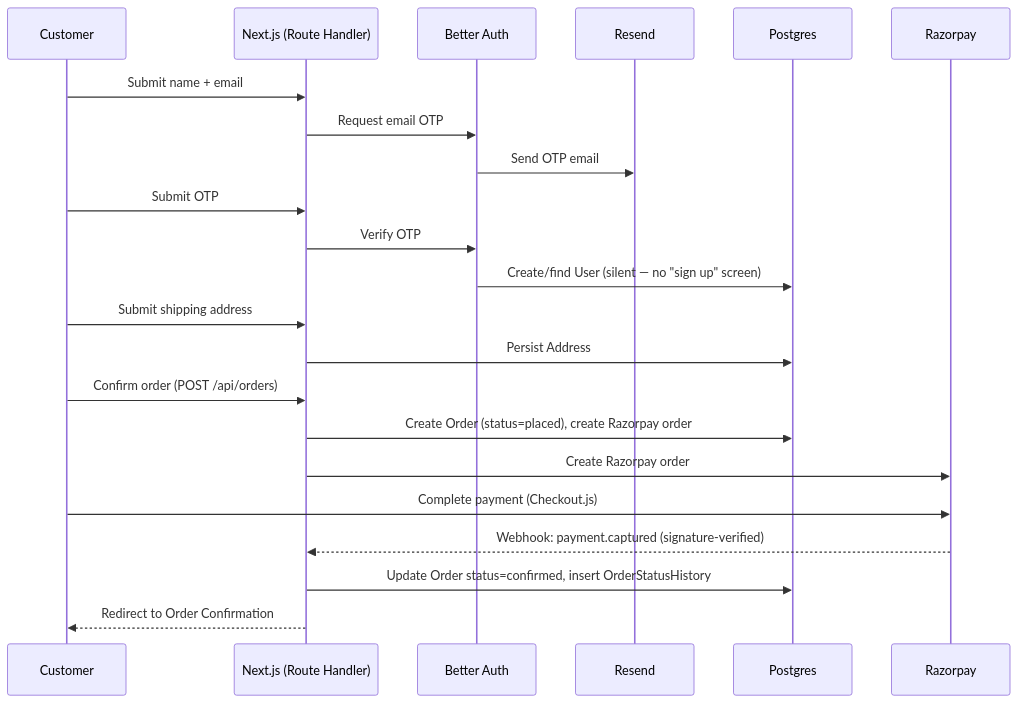
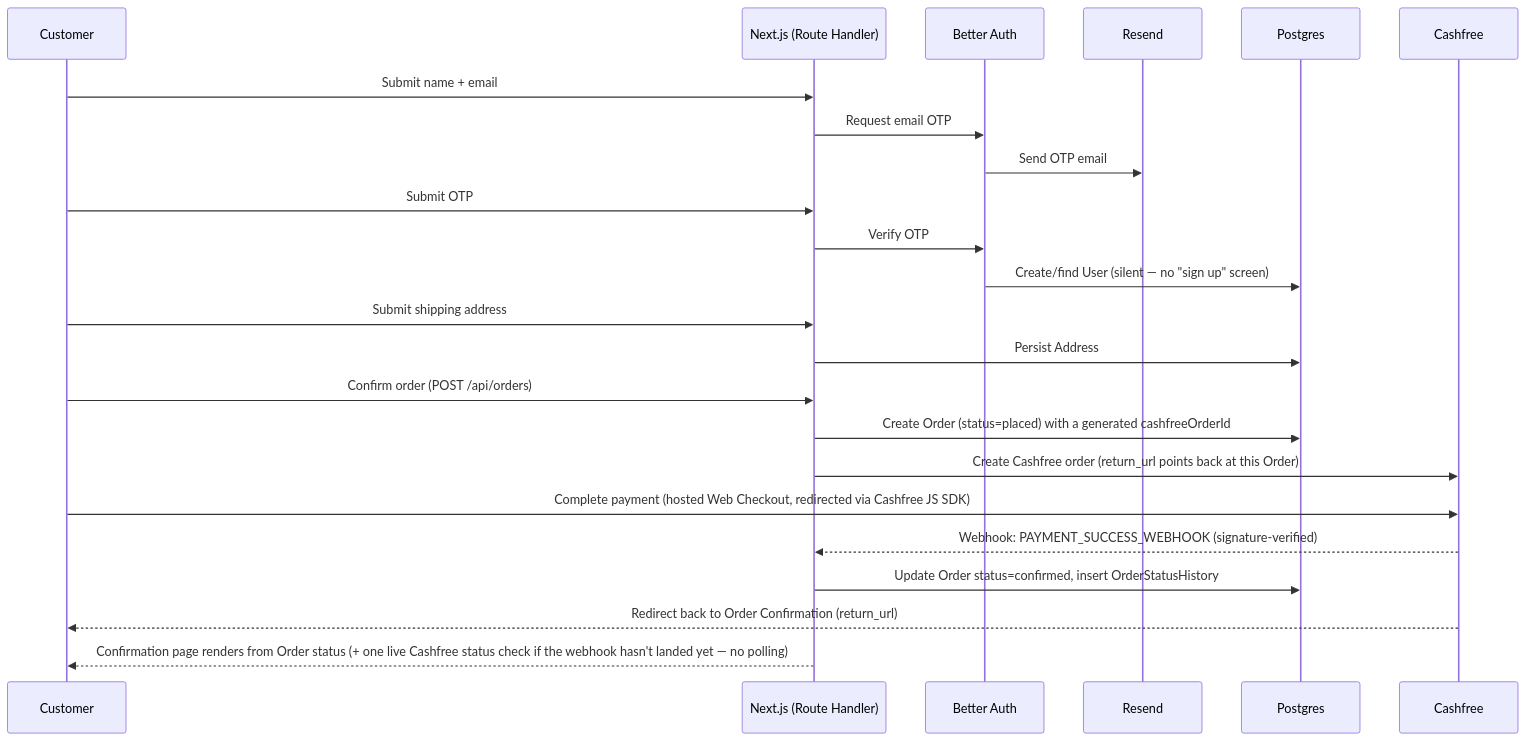
One commit to vignesh-gupta/tanvira changed the second of 3 diagrams in ARCHITECTURE.md. Above: the diagram before and after it, drawn with Mermaid. The commit also changed other lines of this file and 29 other files, not shown here.

First line of the commit message:
feat: migrate payments from Razorpay to Cashfree with webhooks

````diff
--- a/ARCHITECTURE.md
+++ b/ARCHITECTURE.md
@@ -89,25 +89,26 @@
 ```mermaid
 sequenceDiagram
     participant C as Customer
     participant N as Next.js (Route Handler)
     participant BA as Better Auth
     participant R as Resend
     participant DB as Postgres
-    participant RZ as Razorpay
+    participant CF as Cashfree
 
     C->>N: Submit name + email
     N->>BA: Request email OTP
     BA->>R: Send OTP email
     C->>N: Submit OTP
     N->>BA: Verify OTP
     BA->>DB: Create/find User (silent — no "sign up" screen)
     C->>N: Submit shipping address
     N->>DB: Persist Address
     C->>N: Confirm order (POST /api/orders)
-    N->>DB: Create Order (status=placed), create Razorpay order
-    N->>RZ: Create Razorpay order
-    C->>RZ: Complete payment (Checkout.js)
-    RZ-->>N: Webhook: payment.captured (signature-verified)
+    N->>DB: Create Order (status=placed) with a generated cashfreeOrderId
+    N->>CF: Create Cashfree order (return_url points back at this Order)
+    C->>CF: Complete payment (hosted Web Checkout, redirected via Cashfree JS SDK)
+    CF-->>N: Webhook: PAYMENT_SUCCESS_WEBHOOK (signature-verified)
     N->>DB: Update Order status=confirmed, insert OrderStatusHistory
-    N-->>C: Redirect to Order Confirmation
+    CF-->>C: Redirect back to Order Confirmation (return_url)
+    N-->>C: Confirmation page renders from Order status (+ one live Cashfree status check if the webhook hasn't landed yet — no polling)
 ```
````
